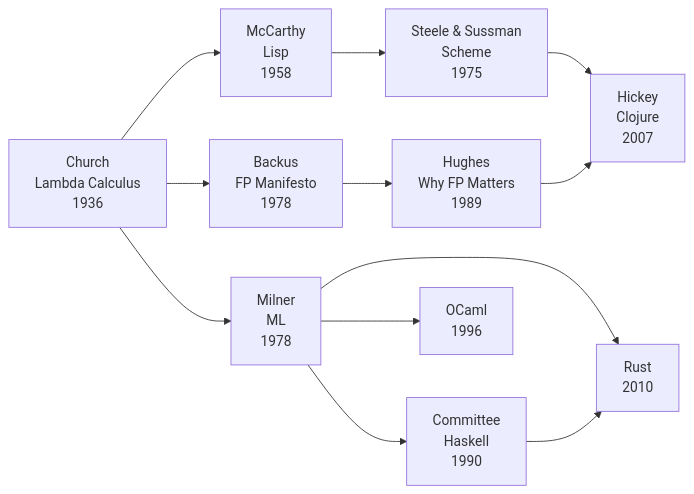
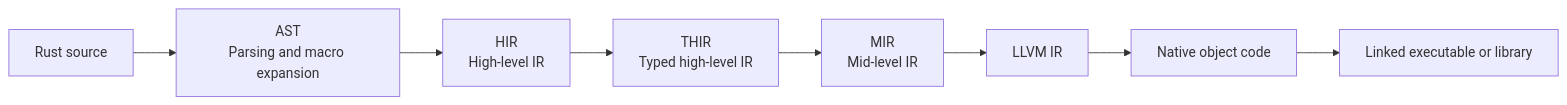
The second of 4 diagrams in docs/topics/concepts/paradigms/index.md (akardapolov/software-atlas), drawn with Mermaid before and after one commit. The commit also changed other lines of this file, not shown here.

````diff
--- a/docs/topics/concepts/paradigms/index.md
+++ b/docs/topics/concepts/paradigms/index.md
@@ -700,14 +702,13 @@
 ```mermaid
 flowchart LR
-    Church["Church<br/>Lambda Calculus<br/>1936"] --> McCarthy["McCarthy<br/>Lisp<br/>1958"]
-    McCarthy --> Scheme["Steele & Sussman<br/>Scheme<br/>1975"]
-    Church --> Milner["Milner<br/>ML<br/>1978"]
-    Church --> Backus["Backus<br/>FP Manifesto<br/>1978"]
-    Milner --> Haskell["Committee<br/>Haskell<br/>1990"]
-    Scheme --> Clojure["Hickey<br/>Clojure<br/>2007"]
-    Backus --> Hughes["Hughes<br/>Why FP Matters<br/>1989"]
-    Hughes --> Clojure
-    Milner --> OCaml["OCaml<br/>1996"]
-    Milner --> Rust["Rust<br/>2010"]
-    Haskell --> Rust
+    SRC["Rust source"]
+    AST["AST<br/>Parsing and macro expansion"]
+    HIR["HIR<br/>High-level IR"]
+    THIR["THIR<br/>Typed high-level IR"]
+    MIR["MIR<br/>Mid-level IR"]
+    LLVM["LLVM IR"]
+    OBJ["Native object code"]
+    EXE["Linked executable or library"]
+
+    SRC --> AST --> HIR --> THIR --> MIR --> LLVM --> OBJ --> EXE
 ```
````
